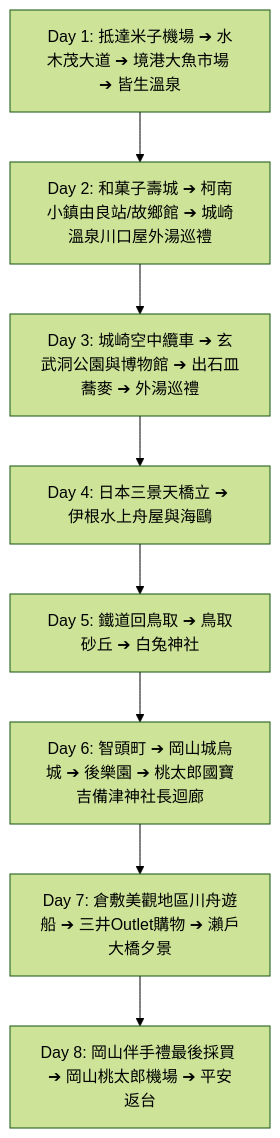
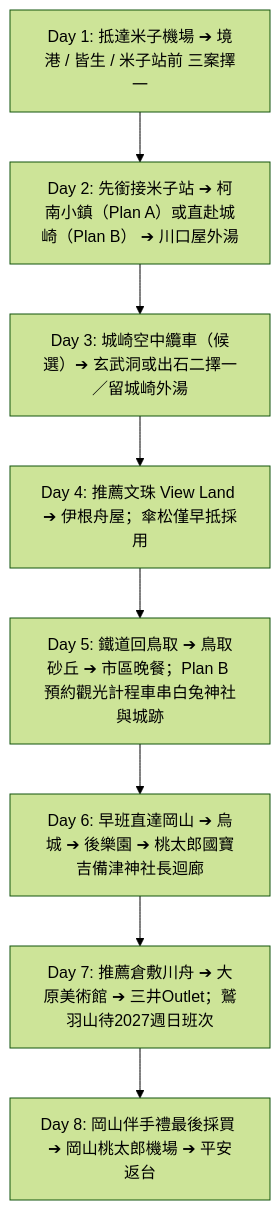
Before and after one commit to iamkeith001/sanin-trip-2027: the diagram in README.md, drawn with Mermaid (forest theme). The commit also changed other lines of this file and 5 other files, not shown here.

````diff
--- a/README.md
+++ b/README.md
@@ -36,10 +36,10 @@
 ```mermaid
 graph TD
-    Day1[Day 1: 抵達米子機場 ➔ 水木茂大道 ➔ 境港大魚市場 ➔ 皆生溫泉] --> Day2[Day 2: 和菓子壽城 ➔ 柯南小鎮由良站/故鄉館 ➔ 城崎溫泉川口屋外湯巡禮]
-    Day2 --> Day3[Day 3: 城崎空中纜車 ➔ 玄武洞公園與博物館 ➔ 出石皿蕎麥 ➔ 外湯巡禮]
-    Day3 --> Day4[Day 4: 日本三景天橋立 ➔ 伊根水上舟屋與海鷗]
-    Day4 --> Day5[Day 5: 鐵道回鳥取 ➔ 鳥取砂丘 ➔ 白兔神社]
-    Day5 --> Day6[Day 6: 智頭町 ➔ 岡山城烏城 ➔ 後樂園 ➔ 桃太郎國寶吉備津神社長迴廊]
-    Day6 --> Day7[Day 7: 倉敷美觀地區川舟遊船 ➔ 三井Outlet購物 ➔ 瀨戶大橋夕景]
+    Day1[Day 1: 抵達米子機場 ➔ 境港 / 皆生 / 米子站前 三案擇一] --> Day2[Day 2: 先銜接米子站 ➔ 柯南小鎮（Plan A）或直赴城崎（Plan B） ➔ 川口屋外湯]
+    Day2 --> Day3[Day 3: 城崎空中纜車（候選）➔ 玄武洞或出石二擇一／留城崎外湯]
+    Day3 --> Day4[Day 4: 推薦文珠 View Land ➔ 伊根舟屋；傘松僅早抵採用]
+    Day4 --> Day5[Day 5: 鐵道回鳥取 ➔ 鳥取砂丘 ➔ 市區晚餐；Plan B 預約觀光計程車串白兔神社與城跡]
+    Day5 --> Day6[Day 6: 早班直達岡山 ➔ 烏城 ➔ 後樂園 ➔ 桃太郎國寶吉備津神社長迴廊]
+    Day6 --> Day7[Day 7: 推薦倉敷川舟 ➔ 大原美術館 ➔ 三井Outlet；鷲羽山待2027週日班次]
     Day7 --> Day8[Day 8: 岡山伴手禮最後採買 ➔ 岡山桃太郎機場 ➔ 平安返台]
 ```
````
